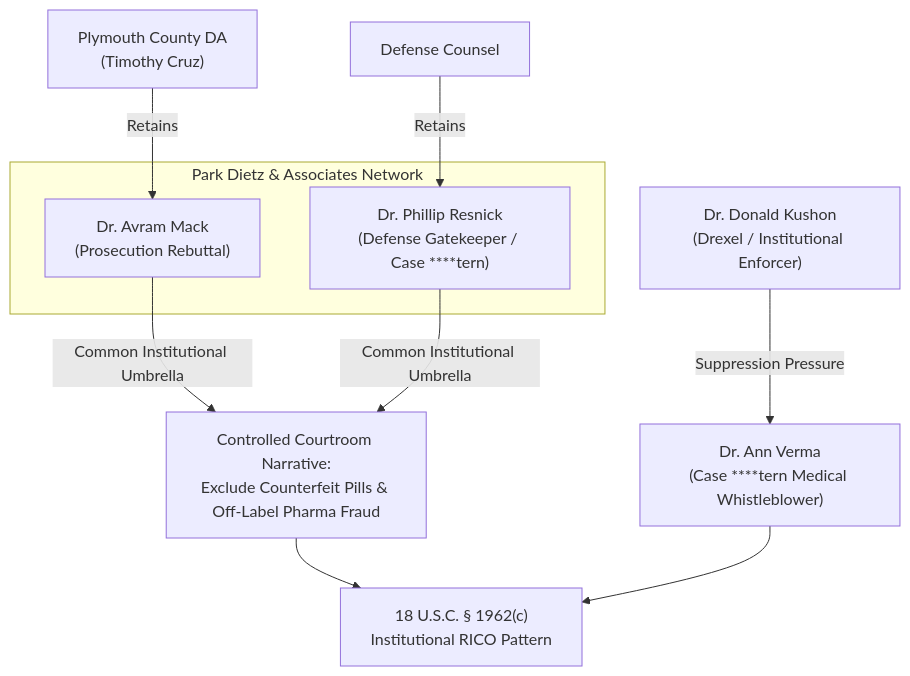
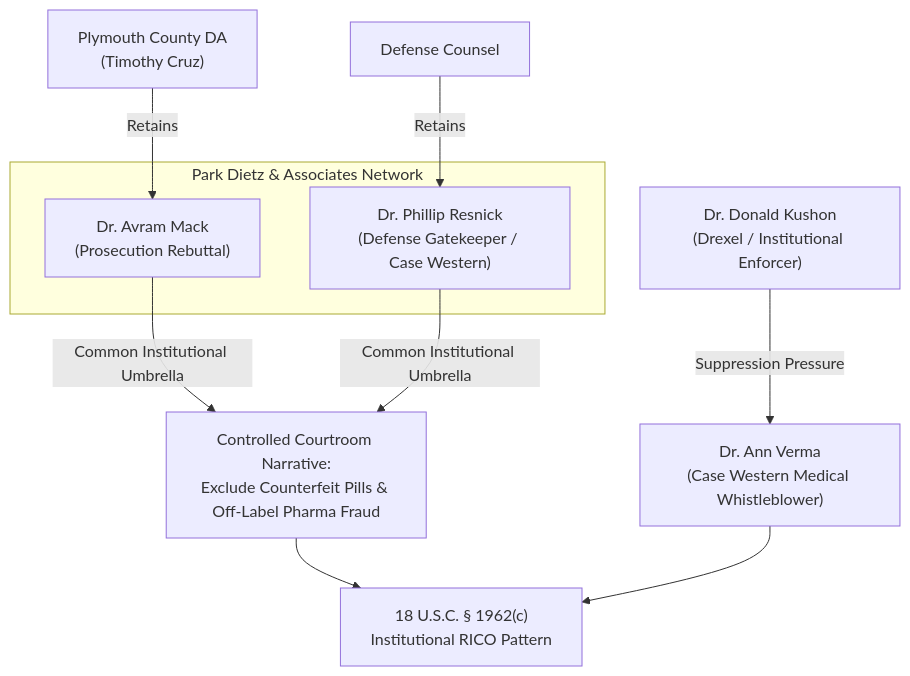
Before and after one commit to Tonypost949/OsintNeoAi: the diagram in public_export/legal_library/THE_THREE_DOCTORS_INSTITUTIONAL_NETWORK.md, drawn with Mermaid. The commit also changed other lines of this file and 1052 other files, not shown here.

````diff
--- a/public_export/legal_library/THE_THREE_DOCTORS_INSTITUTIONAL_NETWORK.md
+++ b/public_export/legal_library/THE_THREE_DOCTORS_INSTITUTIONAL_NETWORK.md
@@ -44,16 +44,16 @@
 ```mermaid
 graph TD
     subgraph "Park Dietz & Associates Network"
         MACK["Dr. Avram Mack<br>(Prosecution Rebuttal)"]
-        RESNICK["Dr. Phillip Resnick<br>(Defense Gatekeeper / Case ****tern)"]
+        RESNICK["Dr. Phillip Resnick<br>(Defense Gatekeeper / Case Western)"]
     end
 
     DA["Plymouth County DA<br>(Timothy Cruz)"] -->|"Retains"| MACK
     DEFENSE["Defense Counsel"] -->|"Retains"| RESNICK
     
     MACK & RESNICK -->|"Common Institutional Umbrella"| NARRATIVE["Controlled Courtroom Narrative:<br>Exclude Counterfeit Pills & Off-Label Pharma Fraud"]
     
-    KUSHON["Dr. Donald Kushon<br>(Drexel / Institutional Enforcer)"] -->|"Suppression Pressure"| VERMA["Dr. Ann Verma<br>(Case ****tern Medical Whistleblower)"]
+    KUSHON["Dr. Donald Kushon<br>(Drexel / Institutional Enforcer)"] -->|"Suppression Pressure"| VERMA["Dr. Ann Verma<br>(Case Western Medical Whistleblower)"]
     
     NARRATIVE & VERMA --> RICO["18 U.S.C. § 1962(c)<br>Institutional RICO Pattern"]
 ```
````
